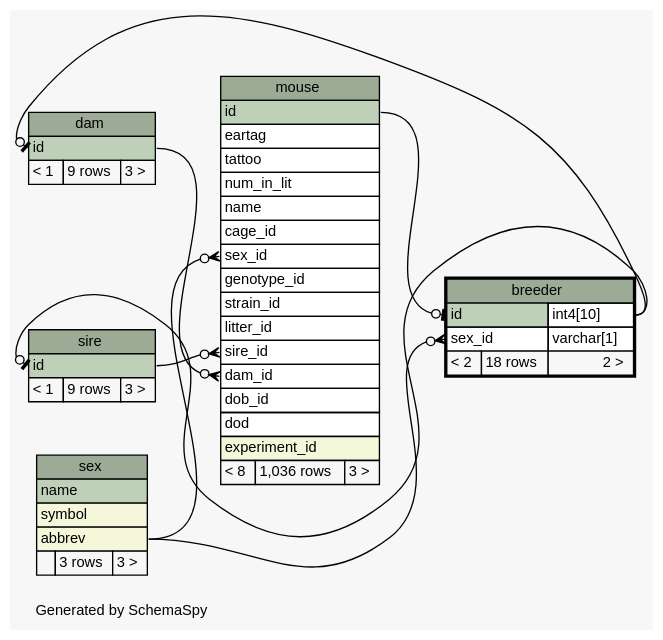
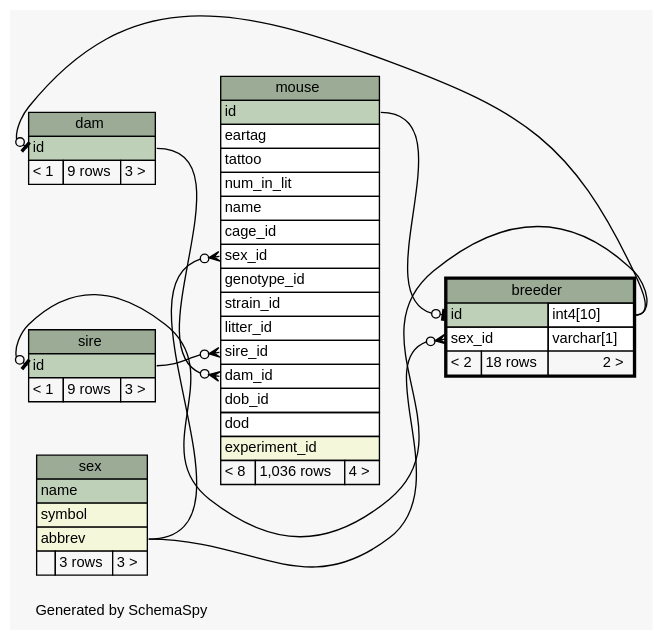
Before and after one commit to tgbugs/mlab: the diagram in database/ss/diagrams/breeder.1degree.dot, drawn with Graphviz. The commit also changed 257 other files, not shown here.

Commit message:
updated schemaspy postgres also working on laptop

```diff
--- a/database/ss/diagrams/breeder.1degree.dot
+++ b/database/ss/diagrams/breeder.1degree.dot
@@ -1,96 +1,96 @@
-// dot 2.32.0 on Windows 7 6.1
+// dot 2.34.0 on Windows 7 6.1
 // SchemaSpy rev 590
 digraph "oneDegreeRelationshipsDiagram" {
   graph [
     rankdir="RL"
     bgcolor="#f7f7f7"
     label="\nGenerated by SchemaSpy"
     labeljust="l"
     nodesep="0.18"
     ranksep="0.46"
     fontname="Helvetica"
     fontsize="11"
   ];
   node [
     fontname="Helvetica"
     fontsize="11"
     shape="plaintext"
   ];
   edge [
     arrowsize="0.8"
   ];
   "breeder":"id":w -> "mouse":"id":e [arrowhead=none dir=back arrowtail=teeodot];
   "breeder":"sex_id":w -> "sex":"abbrev":e [arrowhead=none dir=back arrowtail=crowodot];
   "dam":"id":w -> "breeder":"id.type":e [arrowhead=none dir=back arrowtail=teeodot];
   "mouse":"dam_id":w -> "dam":"id":e [arrowhead=none dir=back arrowtail=crowodot];
   "mouse":"sex_id":w -> "sex":"abbrev":e [arrowhead=none dir=back arrowtail=crowodot];
   "mouse":"sire_id":w -> "sire":"id":e [arrowhead=none dir=back arrowtail=crowodot];
   "sire":"id":w -> "breeder":"id.type":e [arrowhead=none dir=back arrowtail=teeodot];
   "breeder" [
     label=<
     <TABLE BORDER="2" CELLBORDER="1" CELLSPACING="0" BGCOLOR="#ffffff">
       <TR><TD COLSPAN="3" BGCOLOR="#9bab96" ALIGN="CENTER">breeder</TD></TR>
       <TR><TD PORT="id" COLSPAN="2" BGCOLOR="#bed1b8" ALIGN="LEFT">id</TD><TD PORT="id.type" ALIGN="LEFT">int4[10]</TD></TR>
       <TR><TD PORT="sex_id" COLSPAN="2" ALIGN="LEFT">sex_id</TD><TD PORT="sex_id.type" ALIGN="LEFT">varchar[1]</TD></TR>
       <TR><TD ALIGN="LEFT" BGCOLOR="#f7f7f7">&lt; 2</TD><TD ALIGN="RIGHT" BGCOLOR="#f7f7f7">18 rows</TD><TD ALIGN="RIGHT" BGCOLOR="#f7f7f7">2 &gt;</TD></TR>
     </TABLE>>
     URL="breeder.html"
     tooltip="breeder"
   ];
   "dam" [
     label=<
     <TABLE BORDER="0" CELLBORDER="1" CELLSPACING="0" BGCOLOR="#ffffff">
       <TR><TD COLSPAN="3" BGCOLOR="#9bab96" ALIGN="CENTER">dam</TD></TR>
       <TR><TD PORT="id" COLSPAN="3" BGCOLOR="#bed1b8" ALIGN="LEFT">id</TD></TR>
       <TR><TD ALIGN="LEFT" BGCOLOR="#f7f7f7">&lt; 1</TD><TD ALIGN="RIGHT" BGCOLOR="#f7f7f7">9 rows</TD><TD ALIGN="RIGHT" BGCOLOR="#f7f7f7">3 &gt;</TD></TR>
     </TABLE>>
     URL="dam.html"
     tooltip="dam"
   ];
   "mouse" [
     label=<
     <TABLE BORDER="0" CELLBORDER="1" CELLSPACING="0" BGCOLOR="#ffffff">
       <TR><TD COLSPAN="3" BGCOLOR="#9bab96" ALIGN="CENTER">mouse</TD></TR>
       <TR><TD PORT="id" COLSPAN="3" BGCOLOR="#bed1b8" ALIGN="LEFT">id</TD></TR>
       <TR><TD PORT="eartag" COLSPAN="3" ALIGN="LEFT">eartag</TD></TR>
       <TR><TD PORT="tattoo" COLSPAN="3" ALIGN="LEFT">tattoo</TD></TR>
       <TR><TD PORT="num_in_lit" COLSPAN="3" ALIGN="LEFT">num_in_lit</TD></TR>
       <TR><TD PORT="name" COLSPAN="3" ALIGN="LEFT">name</TD></TR>
       <TR><TD PORT="cage_id" COLSPAN="3" ALIGN="LEFT">cage_id</TD></TR>
       <TR><TD PORT="sex_id" COLSPAN="3" ALIGN="LEFT">sex_id</TD></TR>
       <TR><TD PORT="genotype_id" COLSPAN="3" ALIGN="LEFT">genotype_id</TD></TR>
       <TR><TD PORT="strain_id" COLSPAN="3" ALIGN="LEFT">strain_id</TD></TR>
       <TR><TD PORT="litter_id" COLSPAN="3" ALIGN="LEFT">litter_id</TD></TR>
       <TR><TD PORT="sire_id" COLSPAN="3" ALIGN="LEFT">sire_id</TD></TR>
       <TR><TD PORT="dam_id" COLSPAN="3" ALIGN="LEFT">dam_id</TD></TR>
       <TR><TD PORT="dob_id" COLSPAN="3" ALIGN="LEFT">dob_id</TD></TR>
       <TR><TD PORT="dod" COLSPAN="3" ALIGN="LEFT">dod</TD></TR>
       <TR><TD PORT="experiment_id" COLSPAN="3" BGCOLOR="#f4f7da" ALIGN="LEFT">experiment_id</TD></TR>
-      <TR><TD ALIGN="LEFT" BGCOLOR="#f7f7f7">&lt; 8</TD><TD ALIGN="RIGHT" BGCOLOR="#f7f7f7">1,036 rows</TD><TD ALIGN="RIGHT" BGCOLOR="#f7f7f7">3 &gt;</TD></TR>
+      <TR><TD ALIGN="LEFT" BGCOLOR="#f7f7f7">&lt; 8</TD><TD ALIGN="RIGHT" BGCOLOR="#f7f7f7">1,036 rows</TD><TD ALIGN="RIGHT" BGCOLOR="#f7f7f7">4 &gt;</TD></TR>
     </TABLE>>
     URL="mouse.html"
     tooltip="mouse"
   ];
   "sex" [
     label=<
     <TABLE BORDER="0" CELLBORDER="1" CELLSPACING="0" BGCOLOR="#ffffff">
       <TR><TD COLSPAN="3" BGCOLOR="#9bab96" ALIGN="CENTER">sex</TD></TR>
       <TR><TD PORT="name" COLSPAN="3" BGCOLOR="#bed1b8" ALIGN="LEFT">name</TD></TR>
       <TR><TD PORT="symbol" COLSPAN="3" BGCOLOR="#f4f7da" ALIGN="LEFT">symbol</TD></TR>
       <TR><TD PORT="abbrev" COLSPAN="3" BGCOLOR="#f4f7da" ALIGN="LEFT">abbrev</TD></TR>
       <TR><TD ALIGN="LEFT" BGCOLOR="#f7f7f7">  </TD><TD ALIGN="RIGHT" BGCOLOR="#f7f7f7">3 rows</TD><TD ALIGN="RIGHT" BGCOLOR="#f7f7f7">3 &gt;</TD></TR>
     </TABLE>>
     URL="sex.html"
     tooltip="sex"
   ];
   "sire" [
     label=<
     <TABLE BORDER="0" CELLBORDER="1" CELLSPACING="0" BGCOLOR="#ffffff">
       <TR><TD COLSPAN="3" BGCOLOR="#9bab96" ALIGN="CENTER">sire</TD></TR>
       <TR><TD PORT="id" COLSPAN="3" BGCOLOR="#bed1b8" ALIGN="LEFT">id</TD></TR>
       <TR><TD ALIGN="LEFT" BGCOLOR="#f7f7f7">&lt; 1</TD><TD ALIGN="RIGHT" BGCOLOR="#f7f7f7">9 rows</TD><TD ALIGN="RIGHT" BGCOLOR="#f7f7f7">3 &gt;</TD></TR>
     </TABLE>>
     URL="sire.html"
     tooltip="sire"
   ];
 }
```
